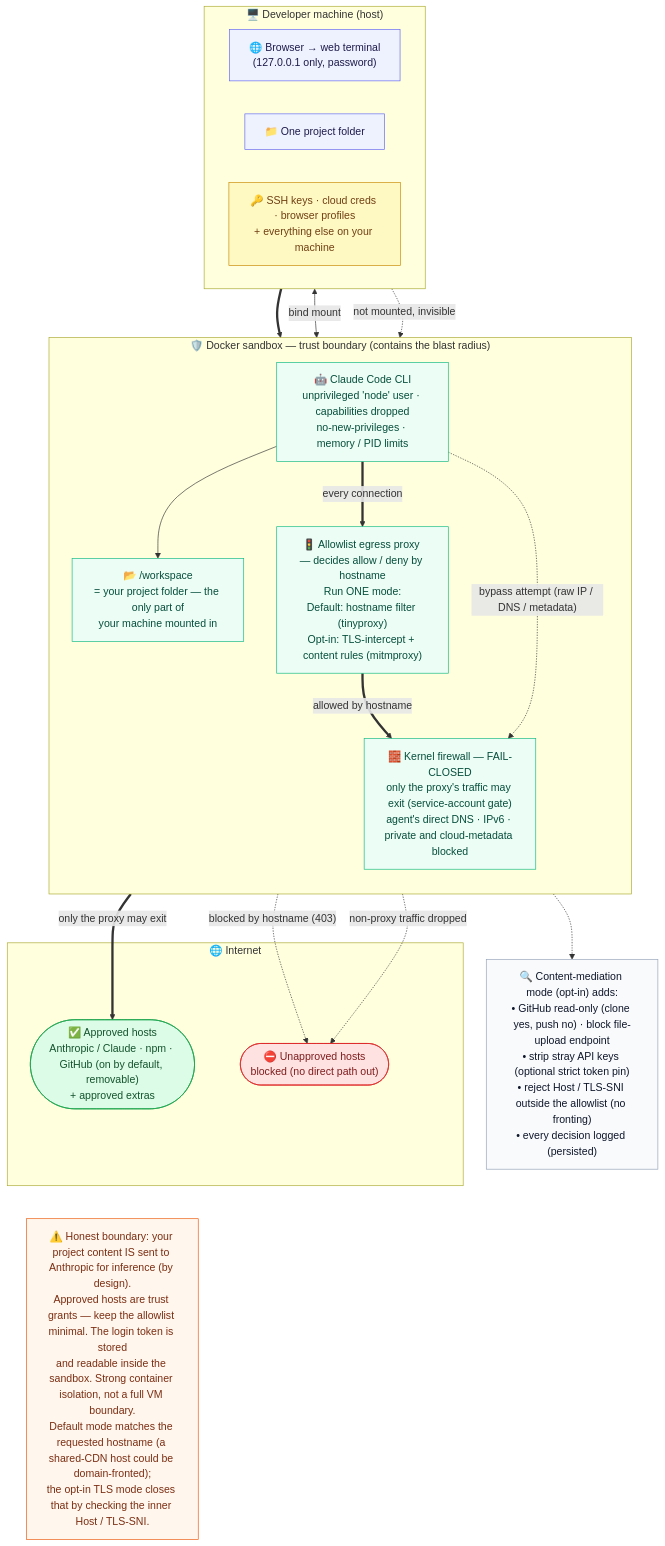
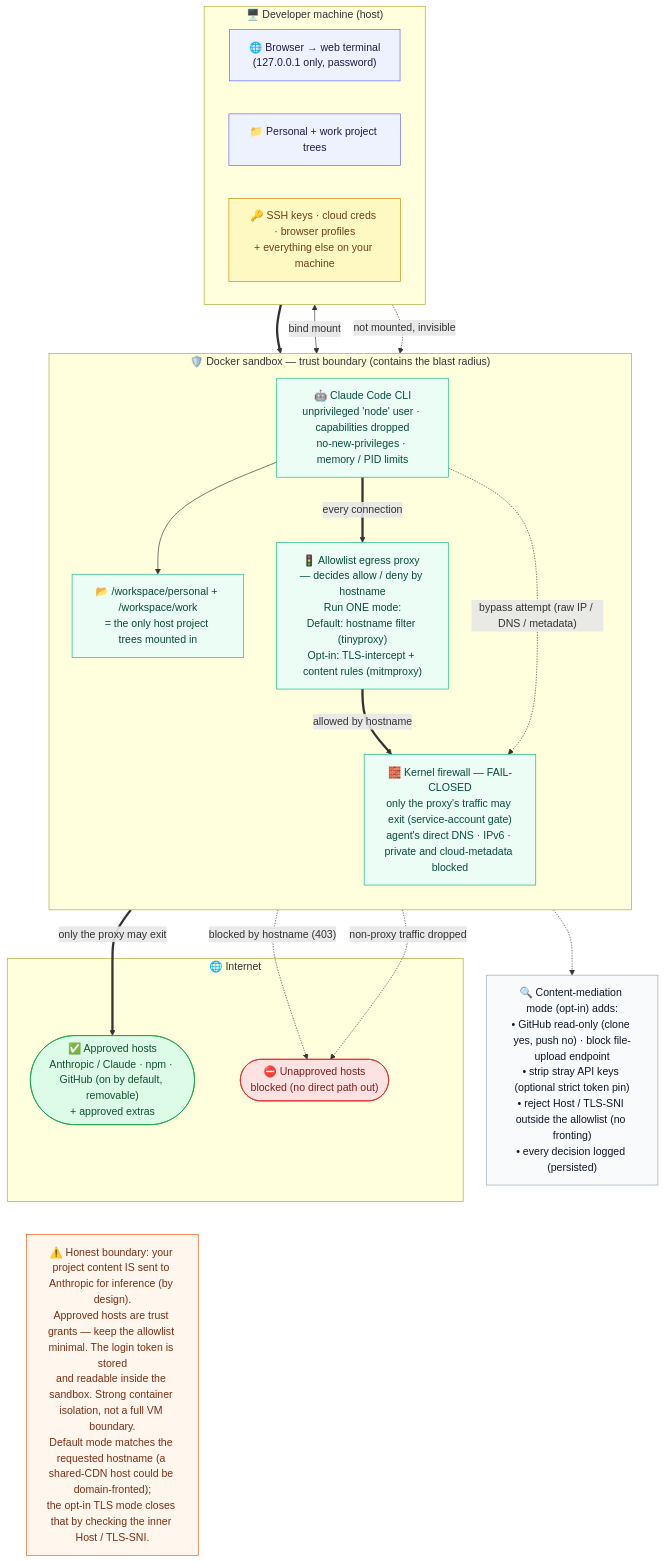
One commit to maximalfocus/coding-agent-sandbox changed the diagram in docs/architecture/README.md. Above: the diagram before and after it, drawn with Mermaid. The commit also changed other lines of this file and 11 other files, not shown here.

First line of the commit message:
fix: launchers mount the home personal and work folders by default (#175)

````diff
--- a/docs/architecture/README.md
+++ b/docs/architecture/README.md
@@ -59,55 +60,55 @@
 ```mermaid
 flowchart TB
   subgraph HOST["🖥️ Developer machine (host)"]
     direction LR
     BROWSER["🌐 Browser → web terminal<br/>(127.0.0.1 only, password)"]
-    PROJ["📁 One project folder"]
+    PROJ["📁 Personal + work project trees"]
     SECRETS["🔑 SSH keys · cloud creds · browser profiles<br/>+ everything else on your machine"]
   end
 
   subgraph BOX["🛡️ Docker sandbox — trust boundary (contains the blast radius)"]
     direction TB
     AGENT["🤖 Claude Code CLI<br/>unprivileged 'node' user · capabilities dropped<br/>no-new-privileges · memory / PID limits"]
-    WS["📂 /workspace<br/>= your project folder — the only part of<br/>your machine mounted in"]
+    WS["📂 /workspace/personal + /workspace/work<br/>= the only host project trees mounted in"]
     PROXY["🚦 Allowlist egress proxy — decides allow / deny by hostname<br/>Run ONE mode:<br/>Default: hostname filter (tinyproxy)<br/>Opt-in: TLS-intercept + content rules (mitmproxy)"]
     FW["🧱 Kernel firewall — FAIL-CLOSED<br/>only the proxy's traffic may exit (service-account gate)<br/>agent's direct DNS · IPv6 · private and cloud-metadata blocked"]
   end
 
   subgraph NET["🌐 Internet"]
     ALLOW(["✅ Approved hosts<br/>Anthropic / Claude · npm · GitHub (on by default, removable)<br/>+ approved extras"])
     BLOCK(["⛔ Unapproved hosts<br/>blocked (no direct path out)"])
   end
 
   BROWSER ==> AGENT
   PROJ <-->|bind mount| WS
   SECRETS -. "not mounted, invisible" .-> BOX
   AGENT --> WS
   AGENT ==>|every connection| PROXY
   PROXY ==>|allowed by hostname| FW
   PROXY -. "blocked by hostname (403)" .-> BLOCK
   FW ==>|only the proxy may exit| ALLOW
   FW -. "non-proxy traffic dropped" .-> BLOCK
   AGENT -. "bypass attempt (raw IP / DNS / metadata)" .-> FW
 
   RULES["🔍 Content-mediation mode (opt-in) adds:<br/>• GitHub read-only (clone yes, push no) · block file-upload endpoint<br/>• strip stray API keys (optional strict token pin)<br/>• reject Host / TLS-SNI outside the allowlist (no fronting)<br/>• every decision logged (persisted)"]
   PROXY -.-> RULES
 
   NOTE["⚠️ Honest boundary: your project content IS sent to Anthropic for inference (by design).<br/>Approved hosts are trust grants — keep the allowlist minimal. The login token is stored<br/>and readable inside the sandbox. Strong container isolation, not a full VM boundary.<br/>Default mode matches the requested hostname (a shared-CDN host could be domain-fronted);<br/>the opt-in TLS mode closes that by checking the inner Host / TLS-SNI."]
   ALLOW ~~~ NOTE
 
   classDef host fill:#eef2ff,stroke:#6366f1,color:#1e1b4b;
   classDef secret fill:#fef9c3,stroke:#ca8a04,color:#713f12;
   classDef boxn fill:#ecfdf5,stroke:#10b981,color:#064e3b;
   classDef allow fill:#dcfce7,stroke:#16a34a,color:#14532d;
   classDef block fill:#fee2e2,stroke:#dc2626,color:#7f1d1d;
   classDef notes fill:#f8fafc,stroke:#94a3b8,color:#0f172a;
   classDef warn fill:#fff7ed,stroke:#ea580c,color:#7c2d12;
 
   class BROWSER,PROJ host;
   class SECRETS secret;
   class AGENT,WS,PROXY,FW boxn;
   class ALLOW allow;
   class BLOCK block;
   class RULES notes;
   class NOTE warn;
 ```
````
